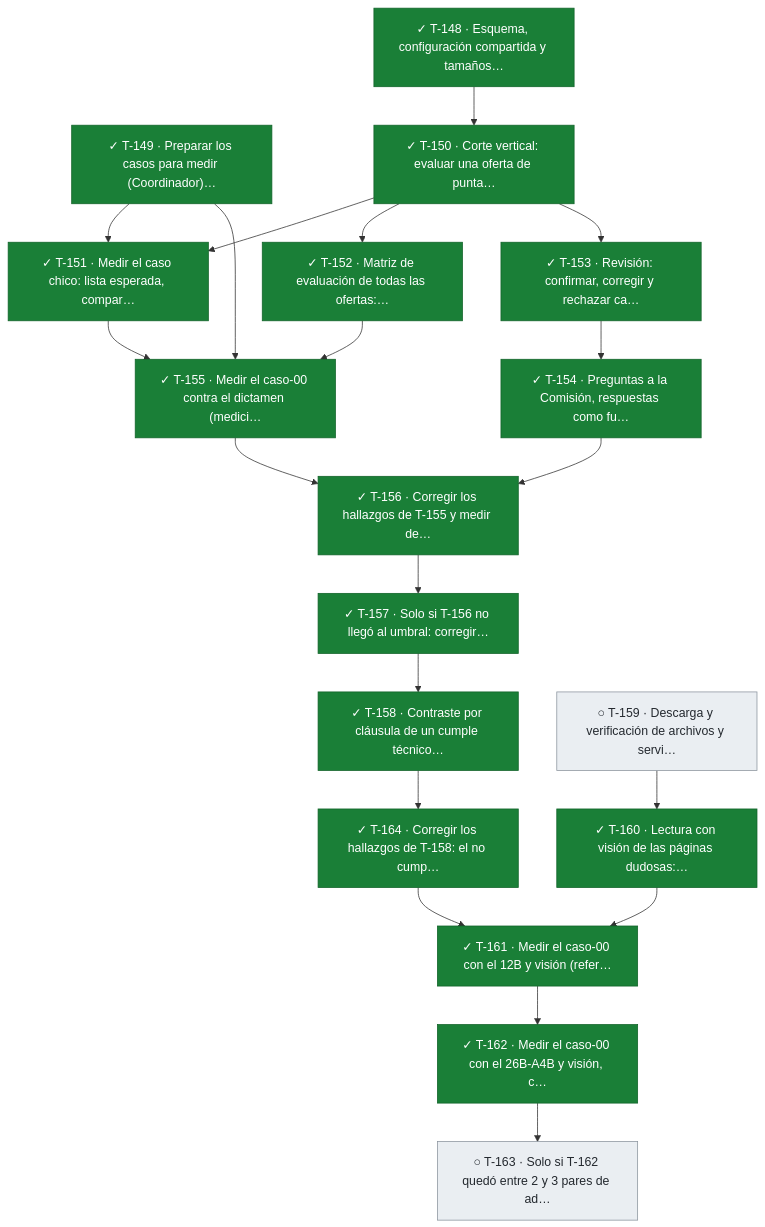
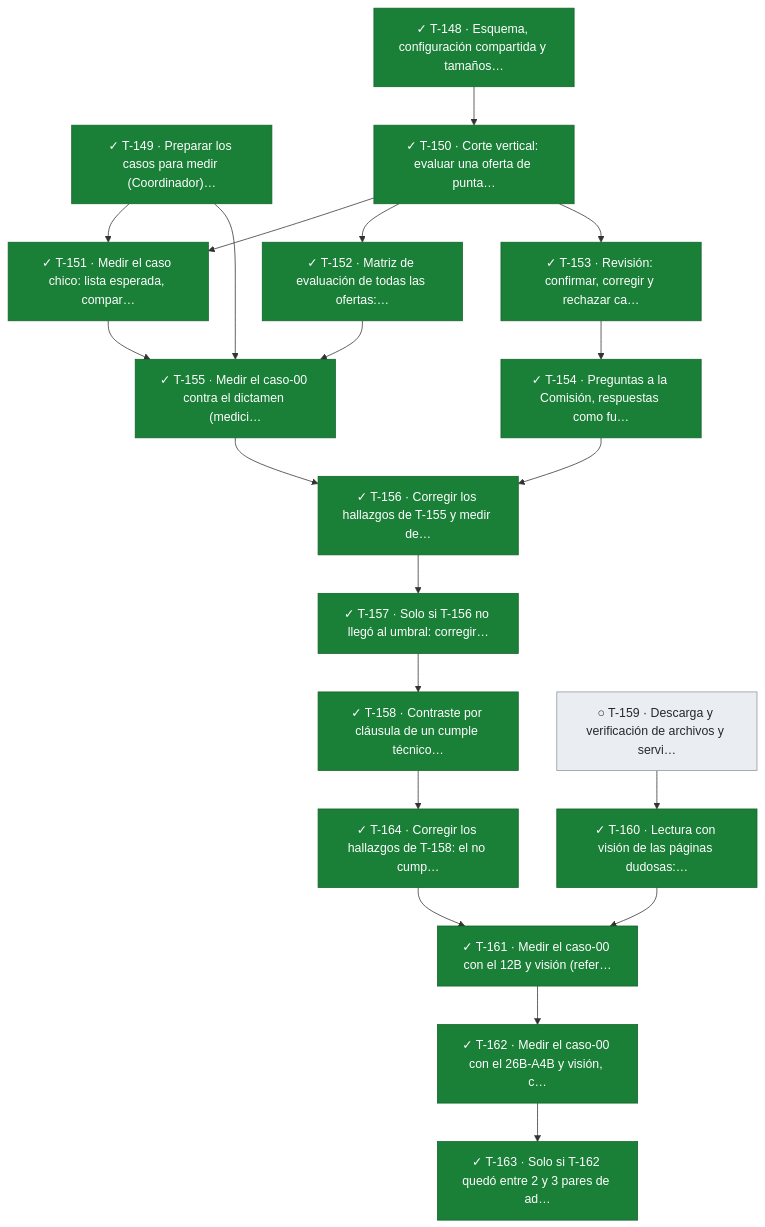
One commit to snavello/EVALUON changed the seventh of 11 diagrams in docs/tablero.md. Above: the diagram before and after it, drawn with Mermaid. The commit also changed other lines of this file and 2 other files, not shown here.

````diff
--- a/docs/tablero.md
+++ b/docs/tablero.md
@@ -692,44 +692,44 @@
 ```mermaid
 flowchart TD
   T148["✓ T-148 · Esquema, configuración compartida y tamaños…"]:::done
   T149["✓ T-149 · Preparar los casos para medir (Coordinador)…"]:::done
   T150["✓ T-150 · Corte vertical: evaluar una oferta de punta…"]:::done
   T151["✓ T-151 · Medir el caso chico: lista esperada, compar…"]:::done
   T152["✓ T-152 · Matriz de evaluación de todas las ofertas:…"]:::done
   T153["✓ T-153 · Revisión: confirmar, corregir y rechazar ca…"]:::done
   T154["✓ T-154 · Preguntas a la Comisión, respuestas como fu…"]:::done
   T155["✓ T-155 · Medir el caso-00 contra el dictamen (medici…"]:::done
   T156["✓ T-156 · Corregir los hallazgos de T-155 y medir de…"]:::done
   T157["✓ T-157 · Solo si T-156 no llegó al umbral: corregir…"]:::done
   T158["✓ T-158 · Contraste por cláusula de un cumple técnico…"]:::done
   T164["✓ T-164 · Corregir los hallazgos de T-158: el no cump…"]:::done
   T159["○ T-159 · Descarga y verificación de archivos y servi…"]:::todo
   T160["✓ T-160 · Lectura con visión de las páginas dudosas:…"]:::done
   T161["✓ T-161 · Medir el caso-00 con el 12B y visión (refer…"]:::done
   T162["✓ T-162 · Medir el caso-00 con el 26B-A4B y visión, c…"]:::done
-  T163["○ T-163 · Solo si T-162 quedó entre 2 y 3 pares de ad…"]:::todo
+  T163["✓ T-163 · Solo si T-162 quedó entre 2 y 3 pares de ad…"]:::done
   T148 --> T150
   T149 --> T151
   T150 --> T151
   T150 --> T152
   T150 --> T153
   T153 --> T154
   T149 --> T155
   T151 --> T155
   T152 --> T155
   T154 --> T156
   T155 --> T156
   T156 --> T157
   T157 --> T158
   T158 --> T164
   T159 --> T160
   T160 --> T161
   T164 --> T161
   T161 --> T162
   T162 --> T163
   classDef done fill:#1a7f37,stroke:#116329,color:#ffffff
   classDef review fill:#0969da,stroke:#0550ae,color:#ffffff
   classDef active fill:#bf8700,stroke:#7d4e00,color:#ffffff
   classDef blocked fill:#cf222e,stroke:#a40e26,color:#ffffff
   classDef todo fill:#eaeef2,stroke:#8c959f,color:#24292f
 ```
````
